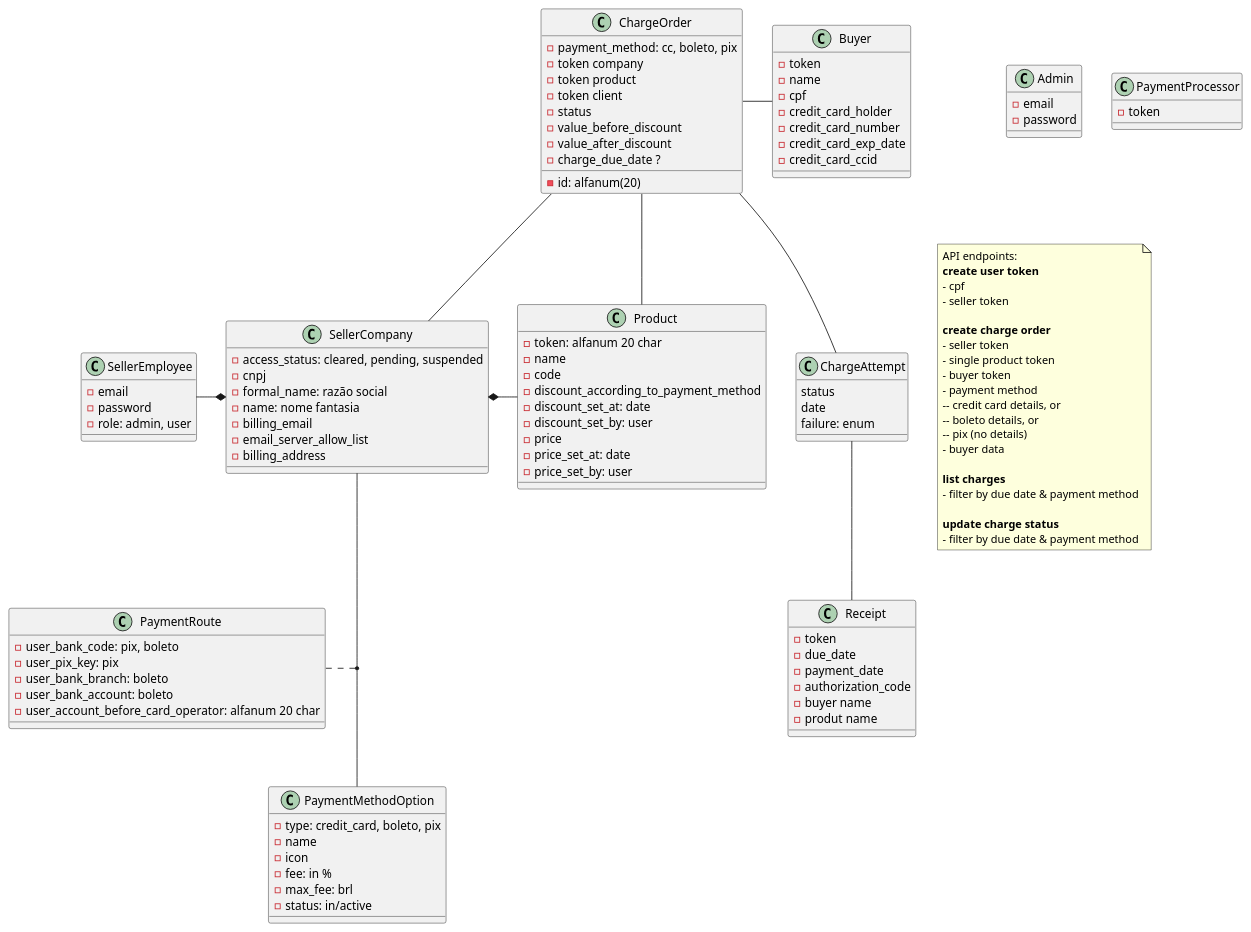
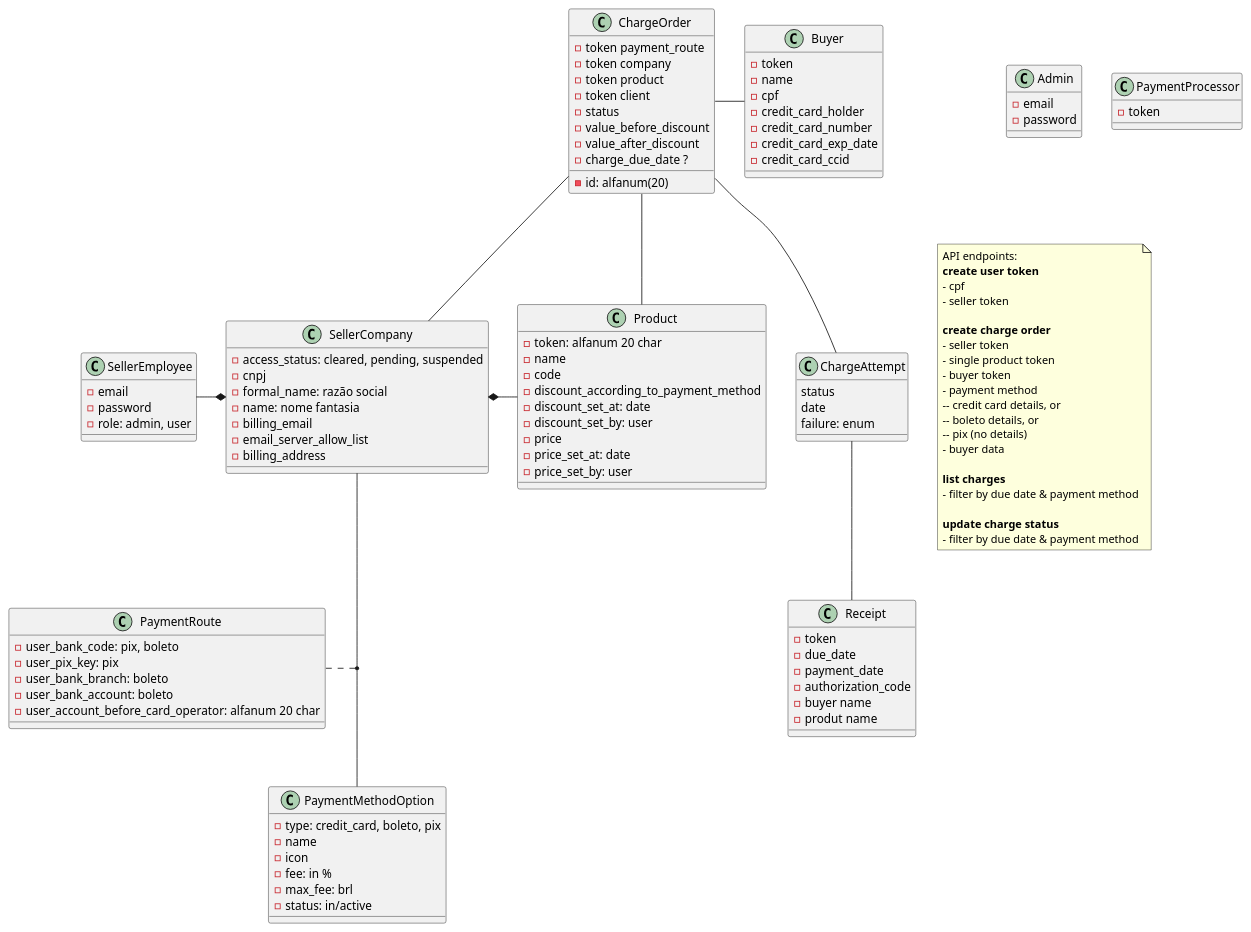
Before and after one commit to kyriri/treinadev6-2paynow: the diagram in dev_planning/project.puml, drawn with PlantUML. The commit also changed 5 other files, not shown here.

```diff
--- a/dev_planning/project.puml
+++ b/dev_planning/project.puml
@@ -3,136 +3,136 @@
 @startuml "PayNow"
 
 class Admin {
   -email
   -password
   'can ask for sellerCo suspention, that has to be approved by another admin
 }
 
 class Buyer {
   -token 
   'generated on account creation
   -name
   -cpf
   -credit_card_holder
   -credit_card_number
   -credit_card_exp_date
   -credit_card_ccid
   'one token per person, regardless of how many 
 }
 
 class ChargeAttempt {
   status
   date
   failure: enum
   'enum: code returned by cc operator
 }
 
 class ChargeOrder {
   -id: alfanum(20)
-  -payment_method: cc, boleto, pix
+  -token payment_route
   ' if CC, its details
   ' else, boleto/pix data (is that the payment method token?)
   -token company
   -token product
   -token client
   -status
   'status: pending (default), approved, rejected
   -value_before_discount
   -value_after_discount
   -charge_due_date ?
 }
 
 class Receipt {
   - token
   - due_date
   - payment_date
   - authorization_code
   'optional, according to me:
   - buyer name
   - produt name
 }
 
 class PaymentMethodOption {
   -type: credit_card, boleto, pix
   -name
   -icon
   -fee: in %
   -max_fee: brl
   -status: in/active
 }
 
 class PaymentRoute {
   -user_bank_code: pix, boleto
   -user_pix_key: pix
   -user_bank_branch: boleto
   -user_bank_account: boleto
   -user_account_before_card_operator: alfanum 20 char
 }
 
 class PaymentProcessor {
   -token
 }
 
 class Product {
   -token: alfanum 20 char
   -name
   -code
   -discount_according_to_payment_method
   -discount_set_at: date
   -discount_set_by: user
   -price 
   -price_set_at: date
   -price_set_by: user
 }
 
 class SellerCompany {
   -access_status: cleared, pending, suspended
   -cnpj
   -formal_name: razão social
   -name: nome fantasia
   -billing_email
   -email_server_allow_list
   -billing_address
   ' all fields above required for platform access
 }
 
 class SellerEmployee {
   -email
   -password
   - role: admin, user
   ' admin has access to list his company's users, can change status from pending to active to inactive
   ' admin can request token replacement
 }
 
 SellerEmployee -* SellerCompany
 SellerCompany *- Product
 ChargeOrder -- SellerCompany
 ChargeOrder -- Product
 ChargeOrder - Buyer
 ChargeOrder -- ChargeAttempt
 ChargeAttempt -- Receipt
 PaymentRoute .. (SellerCompany, PaymentMethodOption)
 
 note as N1
   API endpoints:
   <b>create user token</b> 
   - cpf
   - seller token
 
   <b>create charge order</b> 
   - seller token
   - single product token
   - buyer token
   - payment method
   -- credit card details, or
   -- boleto details, or
   -- pix (no details)
   - buyer data
 
   <b>list charges</b> 
   - filter by due date & payment method
 
   <b>update charge status</b> 
   - filter by due date & payment method
 end note
 @enduml
```
